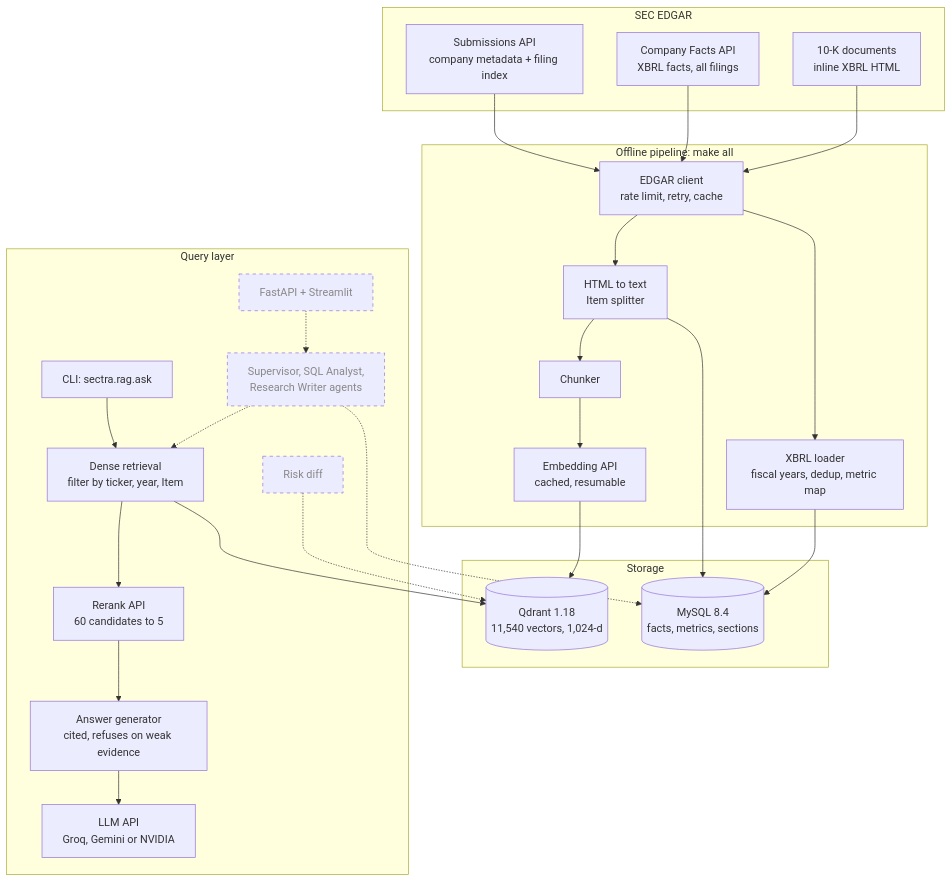
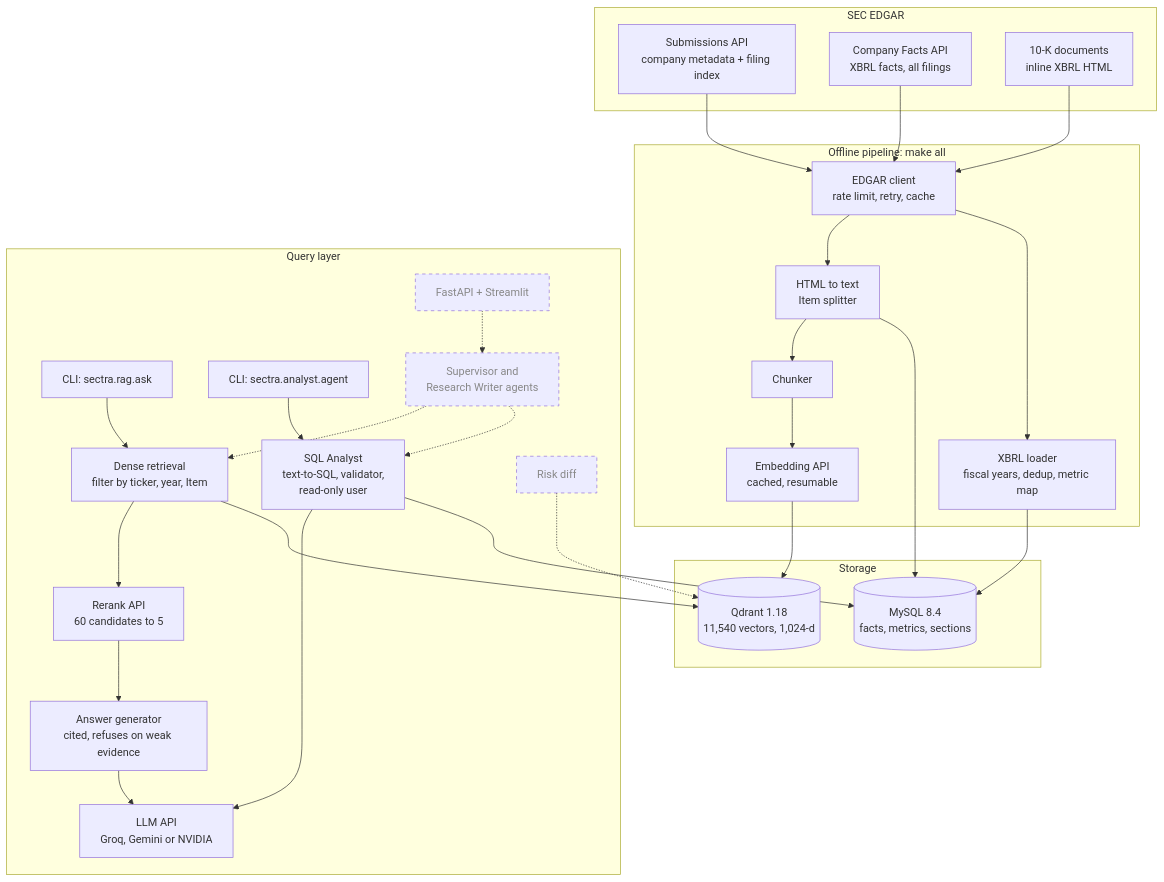
Before and after one commit to iamnitishsah/S.E.C.T.R.A: the first of 2 diagrams in README.md, drawn with Mermaid. The commit also changed other lines of this file and 14 other files, not shown here.

Commit message:
Phase 5: SQL Analyst with validator, read-only user and execution-accuracy eval (93.5% first run)

````diff
--- a/README.md
+++ b/README.md
@@ -124,49 +143,53 @@
 ```mermaid
 flowchart TB
     subgraph SRC["SEC EDGAR"]
         S1["Submissions API<br/>company metadata + filing index"]
         S2["Company Facts API<br/>XBRL facts, all filings"]
         S3["10-K documents<br/>inline XBRL HTML"]
     end
 
     subgraph ING["Offline pipeline: make all"]
         I1["EDGAR client<br/>rate limit, retry, cache"]
         I2["XBRL loader<br/>fiscal years, dedup, metric map"]
         I3["HTML to text<br/>Item splitter"]
         I4["Chunker"]
         I5["Embedding API<br/>cached, resumable"]
     end
 
     subgraph STORE["Storage"]
         D1[("MySQL 8.4<br/>facts, metrics, sections")]
         D2[("Qdrant 1.18<br/>11,540 vectors, 1,024-d")]
     end
 
     subgraph QRY["Query layer"]
         Q1["CLI: sectra.rag.ask"]
         Q2["Dense retrieval<br/>filter by ticker, year, Item"]
         Q4["Rerank API<br/>60 candidates to 5"]
         Q3["Answer generator<br/>cited, refuses on weak evidence"]
         L1["LLM API<br/>Groq, Gemini or NVIDIA"]
-        P1["Supervisor, SQL Analyst,<br/>Research Writer agents"]
+        Q5["CLI: sectra.analyst.agent"]
+        Q6["SQL Analyst<br/>text-to-SQL, validator,<br/>read-only user"]
+        P1["Supervisor and<br/>Research Writer agents"]
         P2["Risk diff"]
         P3["FastAPI + Streamlit"]
     end
 
     S1 --> I1
     S2 --> I1
     S3 --> I1
     I1 --> I2 --> D1
     I1 --> I3 --> D1
     I3 --> I4 --> I5 --> D2
     Q1 --> Q2 --> D2
     Q2 --> Q4 --> Q3
     Q3 --> L1
+    Q5 --> Q6 --> D1
+    Q6 --> L1
     P3 -.-> P1
-    P1 -.-> D1
+    P1 -.-> Q6
     P1 -.-> Q2
     P2 -.-> D2
 
     classDef planned stroke-dasharray: 5 5,color:#888
     class P1,P2,P3 planned
 ```
````
